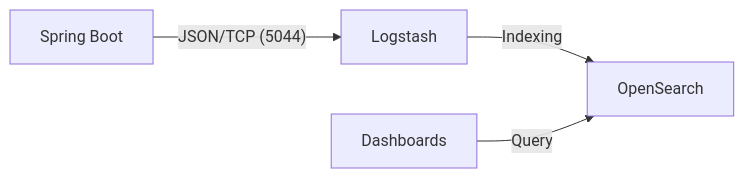
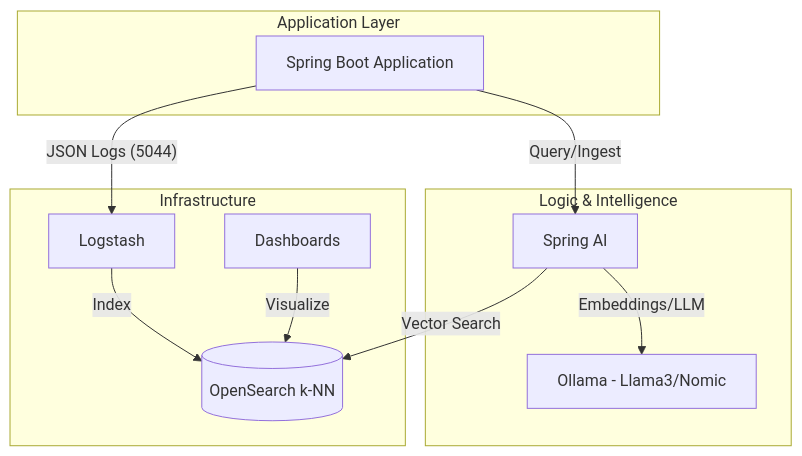
Before and after one commit to huantran2605/spring-opensearch-logging-demo: the diagram in README.md, drawn with Mermaid. The commit also changed other lines of this file, not shown here.

````diff
--- a/README.md
+++ b/README.md
@@ -13,6 +19,24 @@
 ```mermaid
-graph LR
-    A[Spring Boot] -- JSON/TCP (5044) --> B[Logstash]
-    B -- Indexing --> C[OpenSearch]
-    D[Dashboards] -- Query --> C
+graph TD
+    subgraph "Application Layer"
+        SB[Spring Boot Application]
+    end
+
+    subgraph "Logic & Intelligence"
+        SAI[Spring AI]
+        OLL[Ollama - Llama3/Nomic]
+    end
+
+    subgraph "Infrastructure"
+        LS[Logstash]
+        OS[(OpenSearch k-NN)]
+        DB[Dashboards]
+    end
+
+    SB -- "JSON Logs (5044)" --> LS
+    LS -- "Index" --> OS
+    SB -- "Query/Ingest" --> SAI
+    SAI -- "Embeddings/LLM" --> OLL
+    SAI -- "Vector Search" --> OS
+    DB -- "Visualize" --> OS
 ```
````
